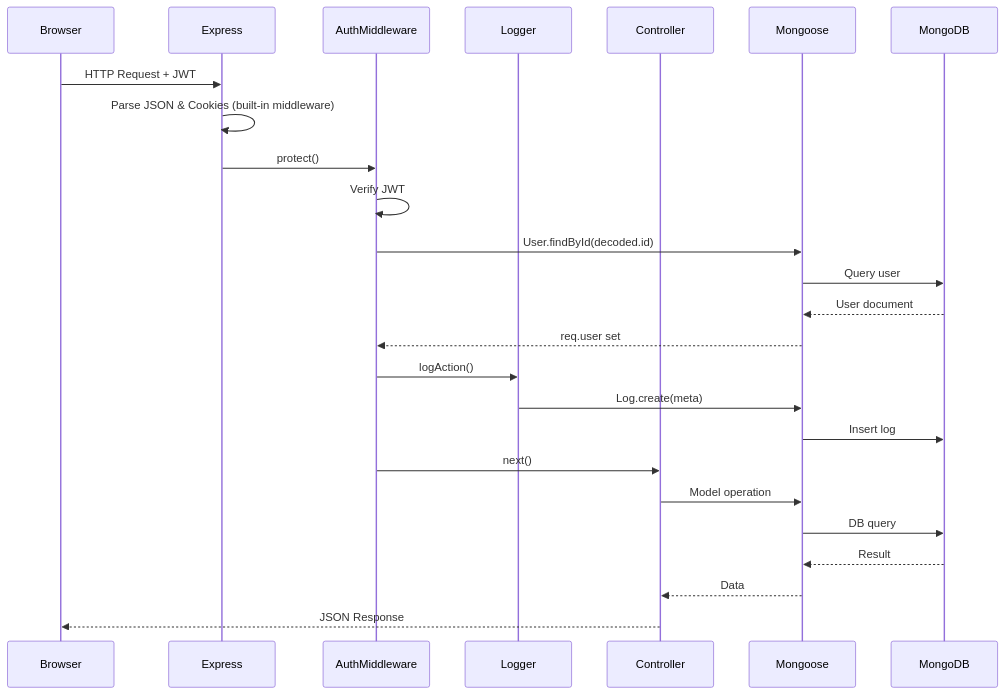
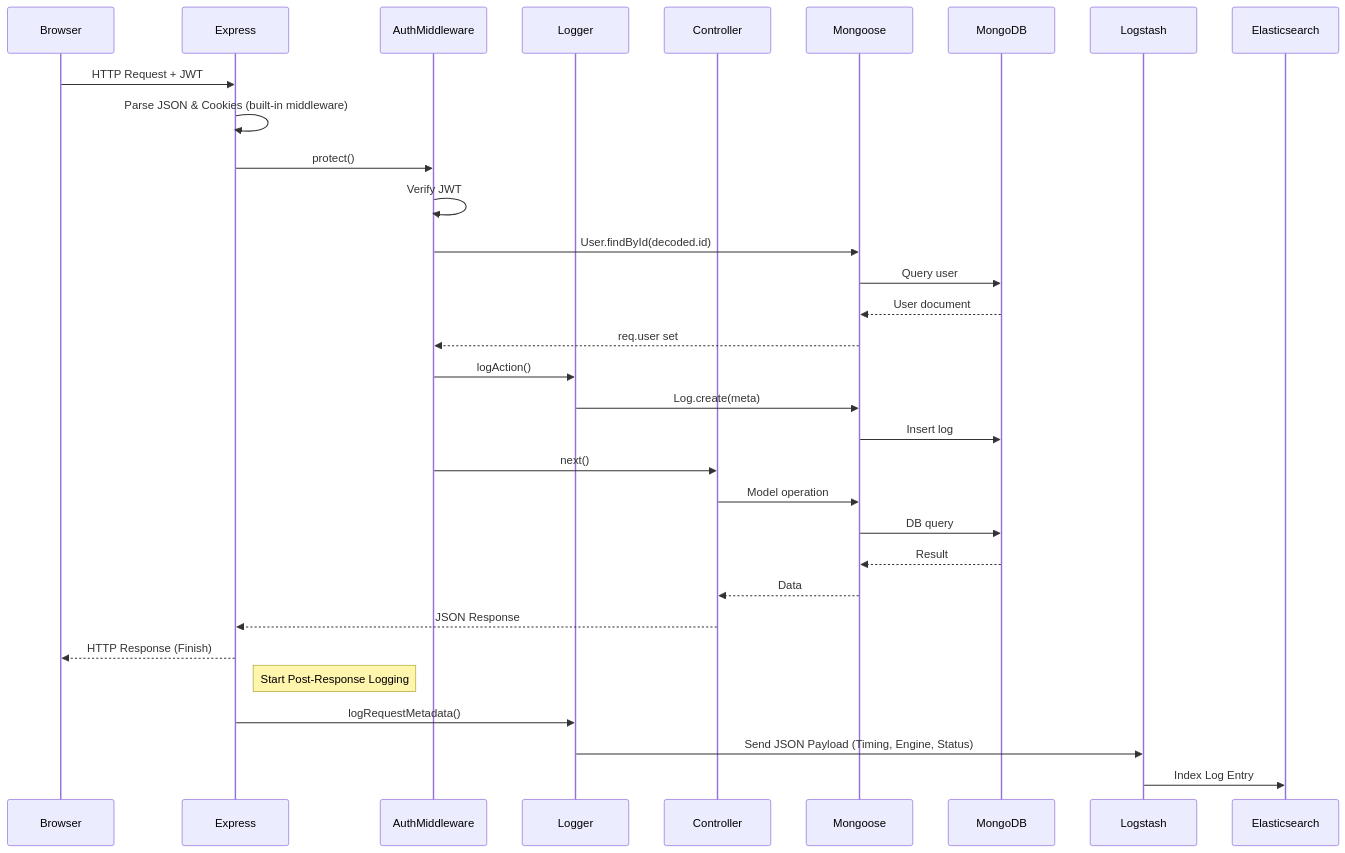
Before and after one commit to Narendrakaduru/QuickCart: the eighth of 11 diagrams in architecture_diagrams.md, drawn with Mermaid. The commit also changed other lines of this file and 12 other files, not shown here.

Commit message:
feat: Integrate ELK stack for centralized logging, search, and monitoring, including product data synchronization to Elasticsearch.

````diff
--- a/architecture_diagrams.md
+++ b/architecture_diagrams.md
@@ -428,28 +448,33 @@
 ```mermaid
 sequenceDiagram
     participant Browser
     participant Express
     participant AuthMiddleware
     participant Logger
     participant Controller
     participant Mongoose
     participant MongoDB
 
     Browser->>Express: HTTP Request + JWT
     Express->>Express: Parse JSON & Cookies (built-in middleware)
     Express->>AuthMiddleware: protect()
     AuthMiddleware->>AuthMiddleware: Verify JWT
     AuthMiddleware->>Mongoose: User.findById(decoded.id)
     Mongoose->>MongoDB: Query user
     MongoDB-->>Mongoose: User document
     Mongoose-->>AuthMiddleware: req.user set
     AuthMiddleware->>Logger: logAction()
     Logger->>Mongoose: Log.create(meta)
     Mongoose->>MongoDB: Insert log
     AuthMiddleware->>Controller: next()
     Controller->>Mongoose: Model operation
     Mongoose->>MongoDB: DB query
     MongoDB-->>Mongoose: Result
     Mongoose-->>Controller: Data
-    Controller-->>Browser: JSON Response
+    Controller-->>Express: JSON Response
+    Express-->>Browser: HTTP Response (Finish)
+    Note right of Express: Start Post-Response Logging
+    Express->>Logger: logRequestMetadata()
+    Logger->>Logstash: Send JSON Payload (Timing, Engine, Status)
+    Logstash->>Elasticsearch: Index Log Entry
 ```
````
